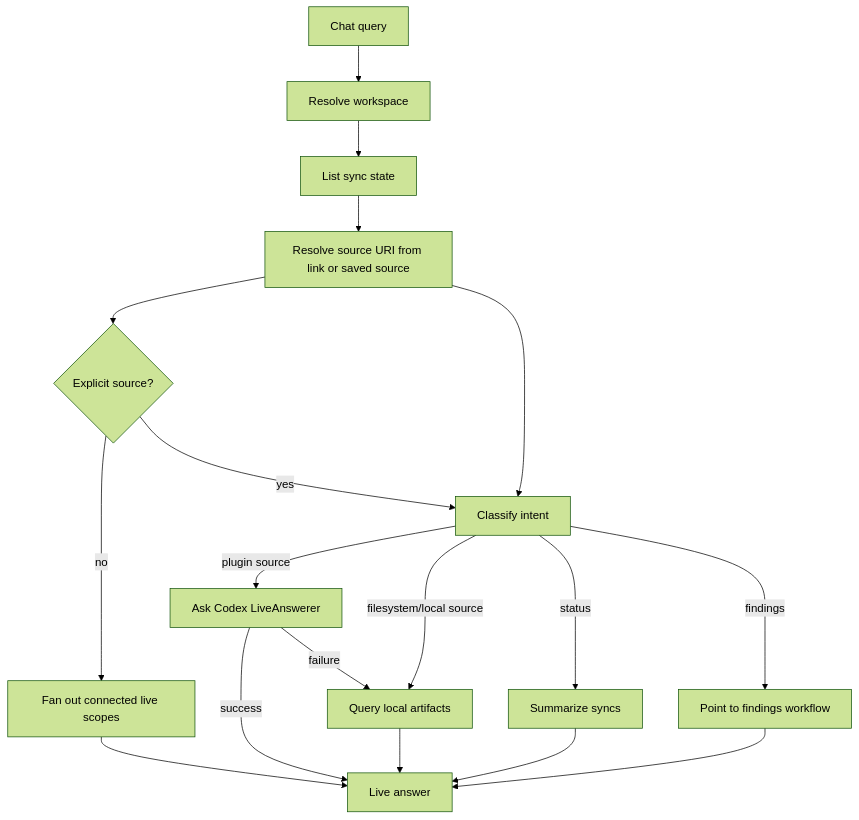
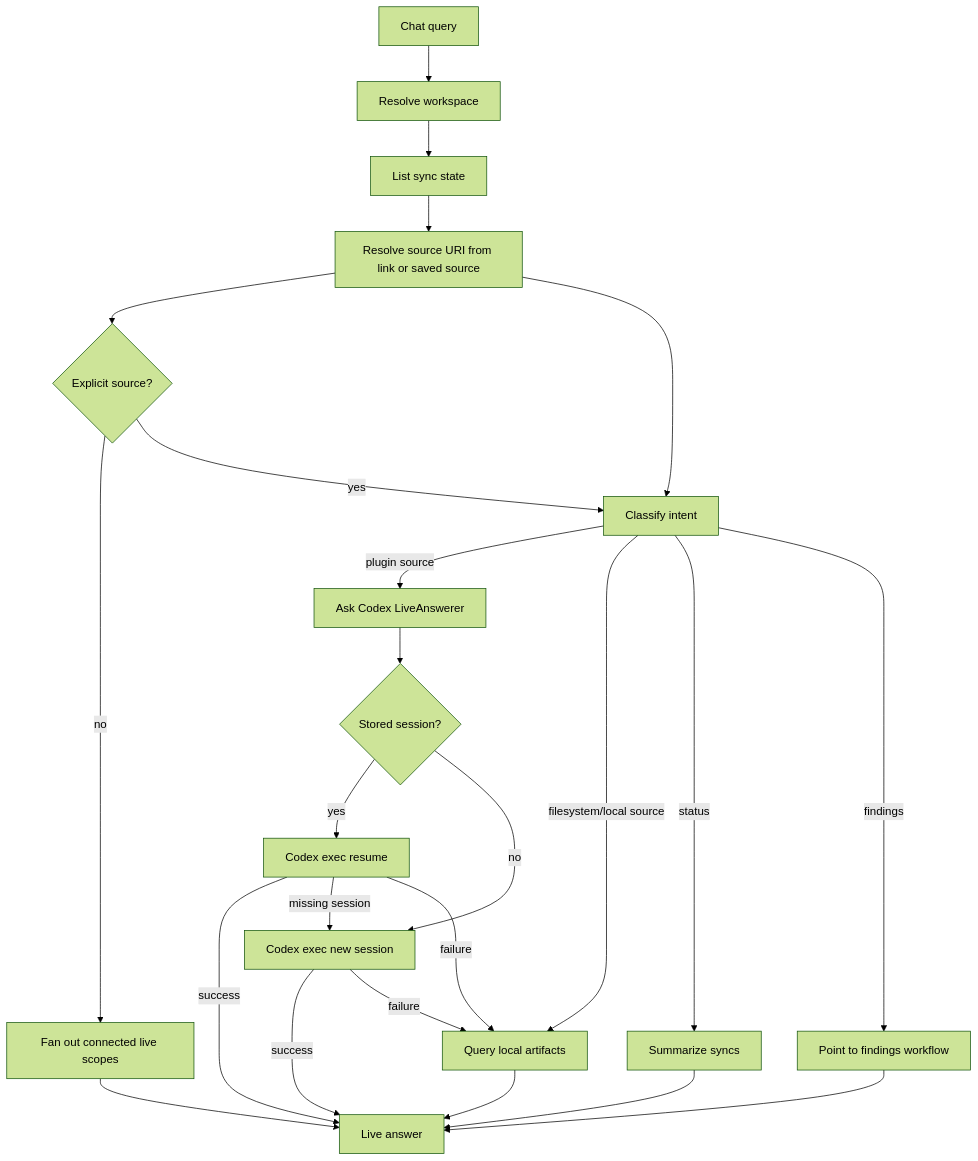
Before and after one commit to sx-tane/context-os: the diagram in internal/runtime/chat/README.md, drawn with Mermaid (forest theme). The commit also changed other lines of this file and 66 other files, not shown here.

````diff
--- a/internal/runtime/chat/README.md
+++ b/internal/runtime/chat/README.md
@@ -21,20 +24,26 @@
 ```mermaid
 flowchart TD
   Q[Chat query] --> W[Resolve workspace]
   W --> S[List sync state]
   S --> M[Resolve source URI from link or saved source]
   M --> X{Explicit source?}
   X -->|no| Z[Fan out connected live scopes]
   X -->|yes| I[Classify intent]
   Z --> R
   M --> I[Classify intent]
   I -->|plugin source| C[Ask Codex LiveAnswerer]
-  C -->|success| R[Live answer]
-  C -->|failure| A[Query local artifacts]
+  C --> N{Stored session?}
+  N -->|yes| V[Codex exec resume]
+  N -->|no| E[Codex exec new session]
+  V -->|success| R[Live answer]
+  E -->|success| R
+  V -->|missing session| E
+  V -->|failure| A[Query local artifacts]
+  E -->|failure| A
   I -->|filesystem/local source| A
   A --> R
   I -->|status| T[Summarize syncs]
   I -->|findings| F[Point to findings workflow]
   T --> R
   F --> R
 ```
````
